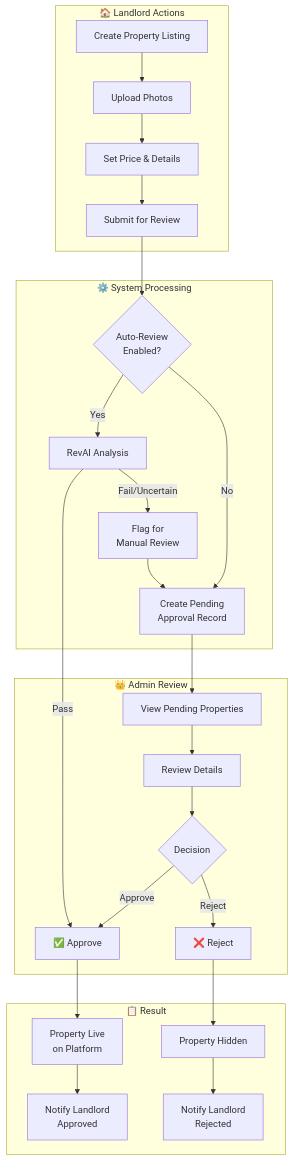
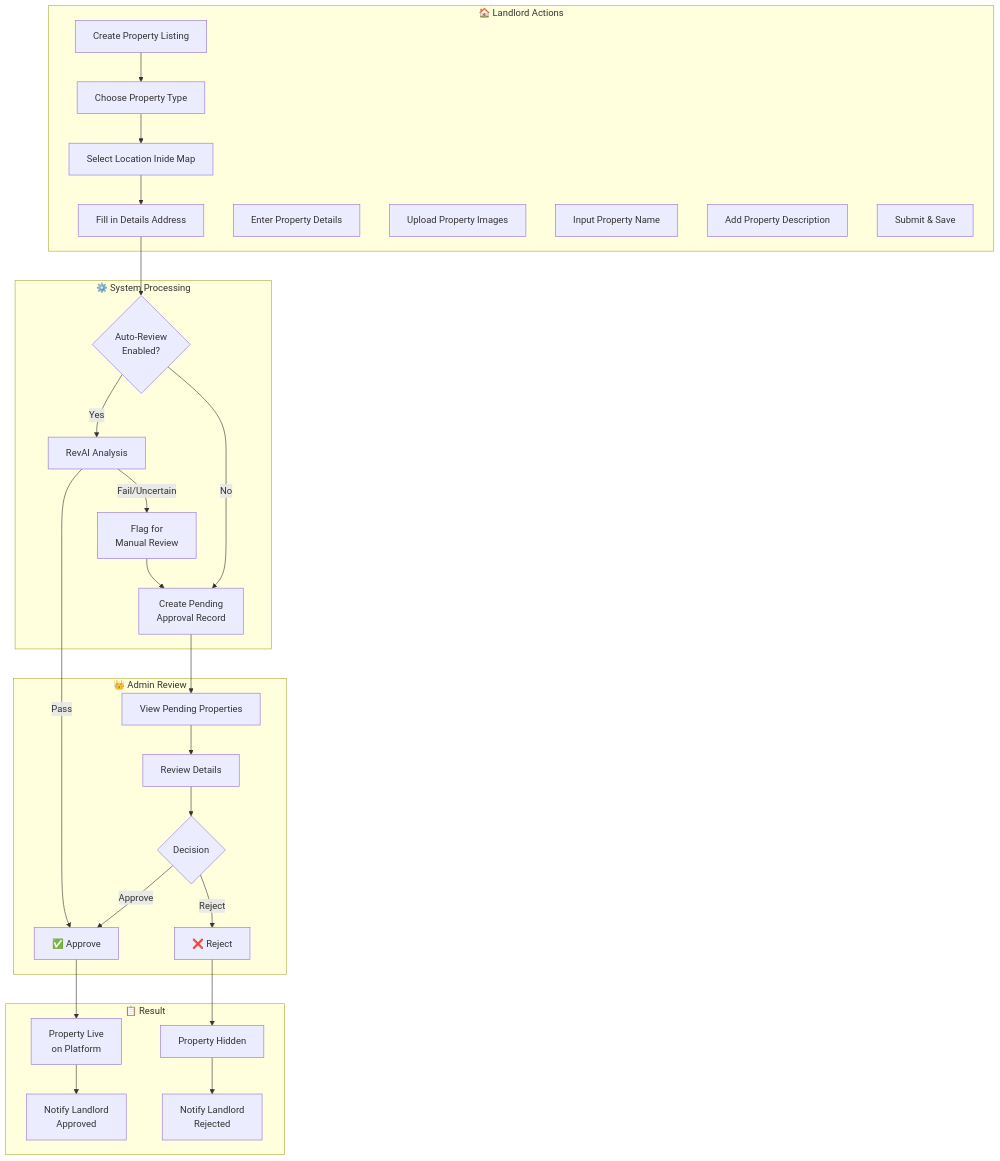
The third of 10 diagrams in README.md (qieyl345/Readme), drawn with Mermaid before and after one commit. The commit also changed other lines of this file, not shown here.

````diff
--- a/README.md
+++ b/README.md
@@ -237,45 +236,50 @@
 ```mermaid
 flowchart TD
     subgraph Landlord["🏠 Landlord Actions"]
         L1["Create Property Listing"]
-        L2["Upload Photos"]
-        L3["Set Price & Details"]
-        L4["Submit for Review"]
+        L2["Choose Property Type"]
+        L3["Select Location Inide Map"]
+        L4["Fill in Details Address"]
+        L5["Enter Property Details"]
+        L6["Upload Property Images"]
+        L7["Input Property Name"]
+        L8["Add Property Description"]
+        L9["Submit & Save"]
     end
 
     subgraph System["⚙️ System Processing"]
         S1{"Auto-Review<br/>Enabled?"}
         S2["RevAI Analysis"]
         S3["Flag for<br/>Manual Review"]
         S4["Create Pending<br/>Approval Record"]
     end
 
     subgraph Admin["👑 Admin Review"]
         A1["View Pending Properties"]
         A2["Review Details"]
         A3{"Decision"}
         A4["✅ Approve"]
         A5["❌ Reject"]
     end
 
     subgraph Result["📋 Result"]
         R1["Property Live<br/>on Platform"]
         R2["Notify Landlord<br/>Approved"]
         R3["Notify Landlord<br/>Rejected"]
         R4["Property Hidden"]
     end
 
     L1 --> L2 --> L3 --> L4
     L4 --> S1
     S1 -->|Yes| S2
     S1 -->|No| S4
     S2 -->|Pass| A4
     S2 -->|Fail/Uncertain| S3
     S3 --> S4
     S4 --> A1
     A1 --> A2 --> A3
     A3 -->|Approve| A4
     A3 -->|Reject| A5
     A4 --> R1 --> R2
     A5 --> R4 --> R3
 ```
````
